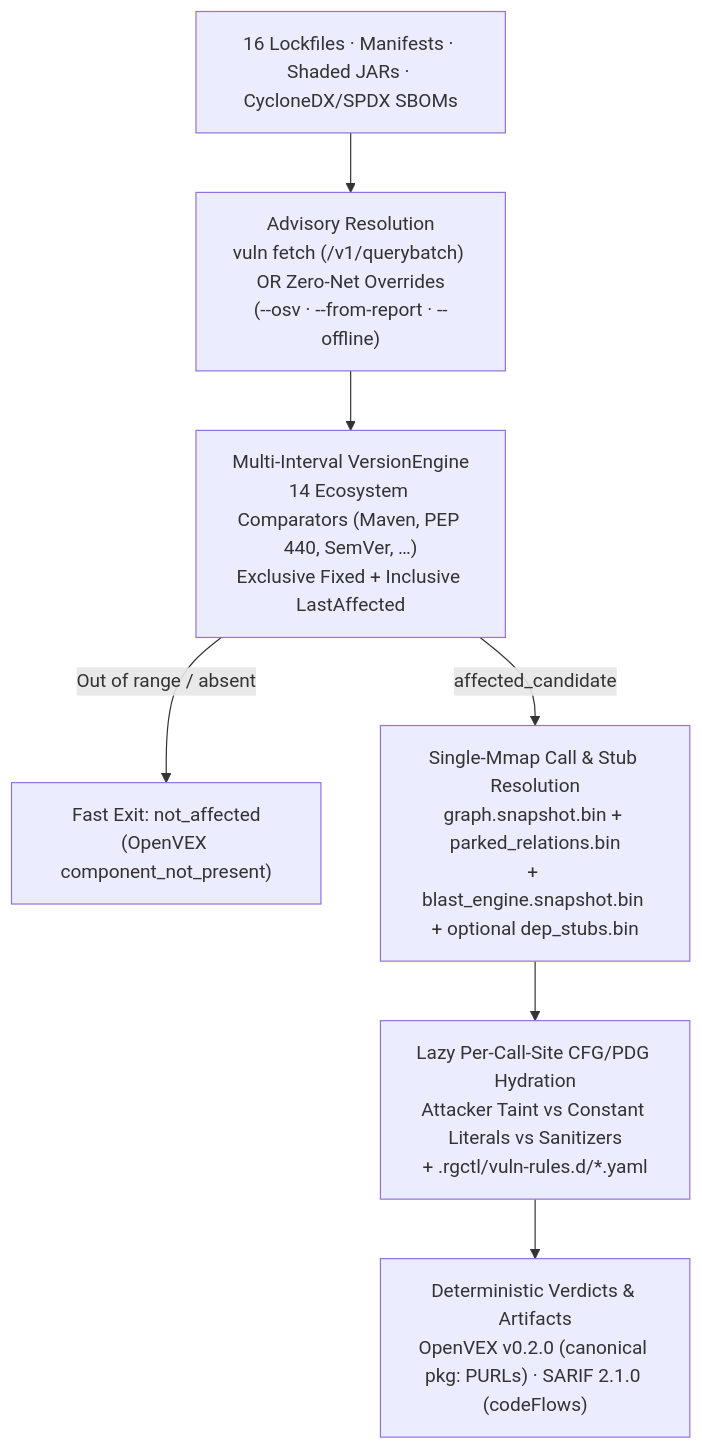
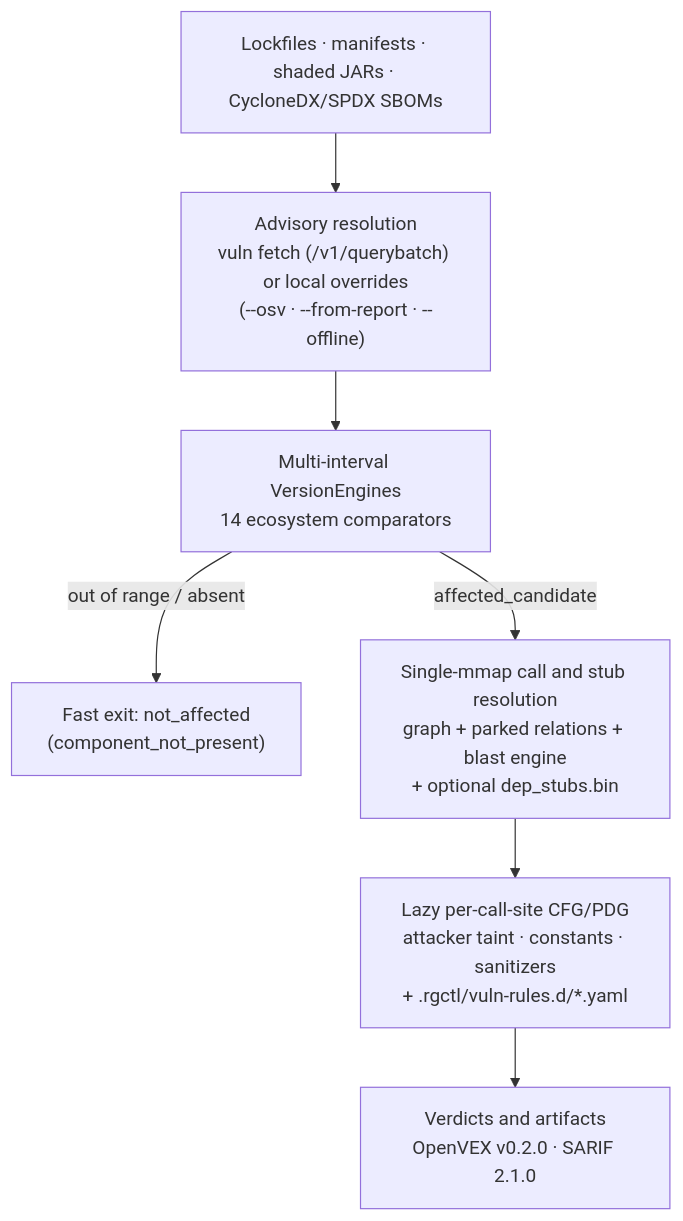
Before and after one commit to Wuodan/rgctl-website: the diagram in docs/guides/vulnerability-reachability.md, drawn with Mermaid. The commit also changed other lines of this file and 7 other files, not shown here.

````diff
--- a/docs/guides/vulnerability-reachability.md
+++ b/docs/guides/vulnerability-reachability.md
@@ -32,9 +28,9 @@
 ```mermaid
 flowchart TD
-  DEPS["16 Lockfiles · Manifests · Shaded JARs · CycloneDX/SPDX SBOMs"] --> FETCH["Advisory Resolution<br/>vuln fetch (/v1/querybatch) OR Zero-Net Overrides<br/>(--osv · --from-report · --offline)"]
-  FETCH --> RANGE["Multi-Interval VersionEngine<br/>14 Ecosystem Comparators (Maven, PEP 440, SemVer, …)<br/>Exclusive Fixed + Inclusive LastAffected"]
-  RANGE -->|Out of range / absent| VEX_NA["Fast Exit: not_affected<br/>(OpenVEX component_not_present)"]
-  RANGE -->|affected_candidate| GRAPH["Single-Mmap Call & Stub Resolution<br/>graph.snapshot.bin + parked_relations.bin<br/>+ blast_engine.snapshot.bin + optional dep_stubs.bin"]
-  GRAPH --> PDG["Lazy Per-Call-Site CFG/PDG Hydration<br/>Attacker Taint vs Constant Literals vs Sanitizers<br/>+ .rgctl/vuln-rules.d/*.yaml"]
-  PDG --> OUT["Deterministic Verdicts & Artifacts<br/>OpenVEX v0.2.0 (canonical pkg: PURLs) · SARIF 2.1.0 (codeFlows)"]
+  DEPS["Lockfiles · manifests · shaded JARs · CycloneDX/SPDX SBOMs"] --> FETCH["Advisory resolution<br/>vuln fetch (/v1/querybatch) or local overrides<br/>(--osv · --from-report · --offline)"]
+  FETCH --> RANGE["Multi-interval VersionEngines<br/>14 ecosystem comparators"]
+  RANGE -->|out of range / absent| VEX_NA["Fast exit: not_affected<br/>(component_not_present)"]
+  RANGE -->|affected_candidate| GRAPH["Single-mmap call and stub resolution<br/>graph + parked relations + blast engine<br/>+ optional dep_stubs.bin"]
+  GRAPH --> PDG["Lazy per-call-site CFG/PDG<br/>attacker taint · constants · sanitizers<br/>+ .rgctl/vuln-rules.d/*.yaml"]
+  PDG --> OUT["Verdicts and artifacts<br/>OpenVEX v0.2.0 · SARIF 2.1.0"]
 ```
````
